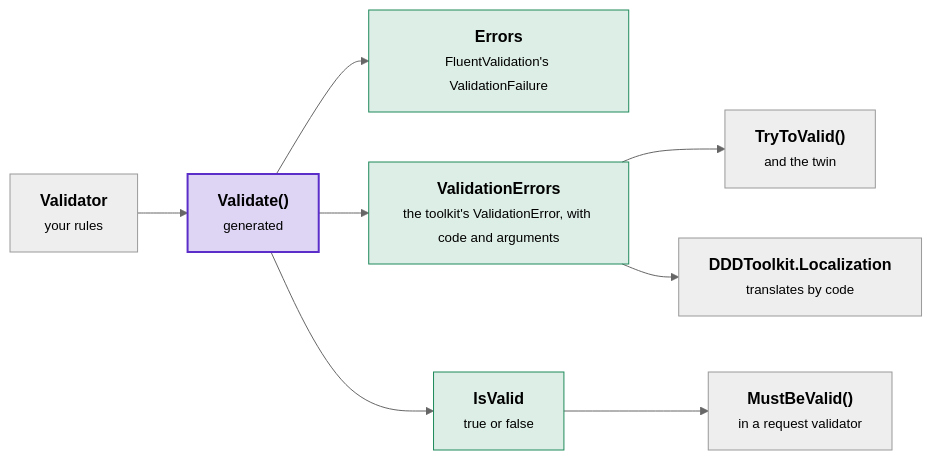
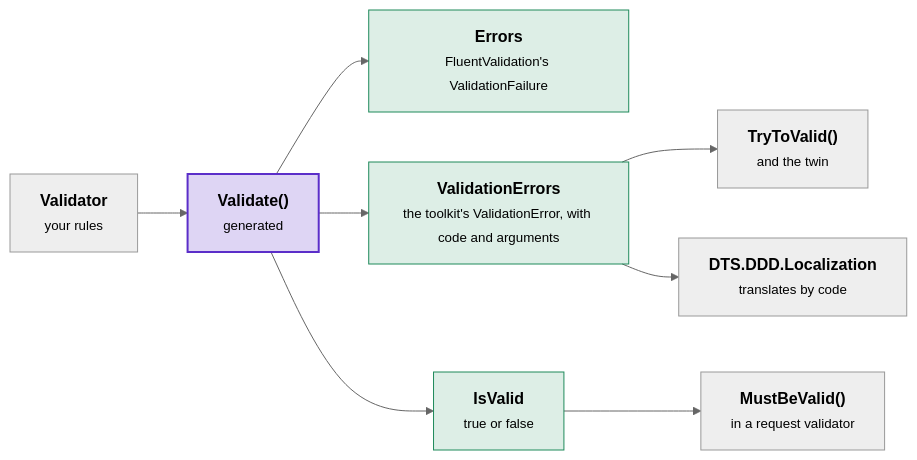
The diagram in docs/fluent-validation.md (DylanSnel/DDDToolkit), drawn with Mermaid (neutral theme) before and after one commit. The commit also changed other lines of this file and 2190 other files, not shown here.

First line of the commit message:
The core becomes DTS.DDD, published as DylansTechStack.DDD

````diff
--- a/docs/fluent-validation.md
+++ b/docs/fluent-validation.md
@@ -131,22 +131,22 @@
 ```mermaid
 flowchart LR
     rules["<b>Validator</b><br/><small>your rules</small>"]
     validate["<b>Validate()</b><br/><small>generated</small>"]
     errors["<b>Errors</b><br/><small>FluentValidation's ValidationFailure</small>"]
     toolkit["<b>ValidationErrors</b><br/><small>the toolkit's ValidationError, with code and arguments</small>"]
     valid["<b>IsValid</b><br/><small>true or false</small>"]
     try["<b>TryToValid()</b><br/><small>and the twin</small>"]
-    localization["<b>DDDToolkit.Localization</b><br/><small>translates by code</small>"]
+    localization["<b>DTS.DDD.Localization</b><br/><small>translates by code</small>"]
     must["<b>MustBeValid()</b><br/><small>in a request validator</small>"]
     rules --> validate
     validate --> errors
     validate --> toolkit
     validate --> valid
     toolkit --> try
     toolkit --> localization
     valid --> must
     classDef strong fill:#5b2ec933,stroke:#5b2ec9,stroke-width:2px
     classDef good fill:#1f8a5b26,stroke:#1f8a5b
     class validate strong
     class errors,toolkit,valid good
 ```
````
